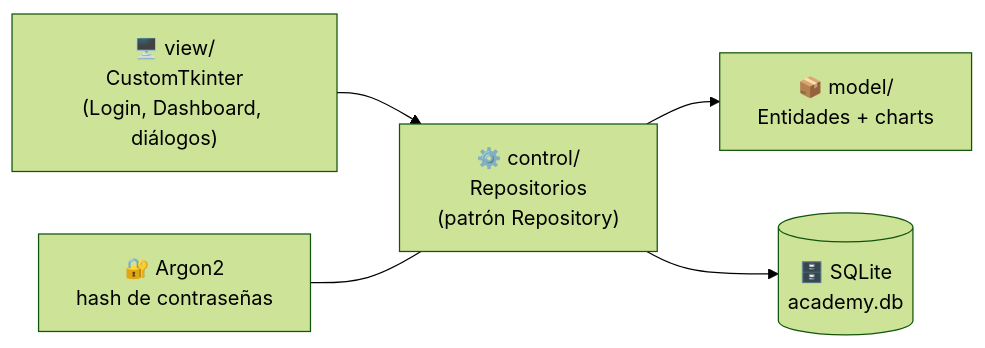
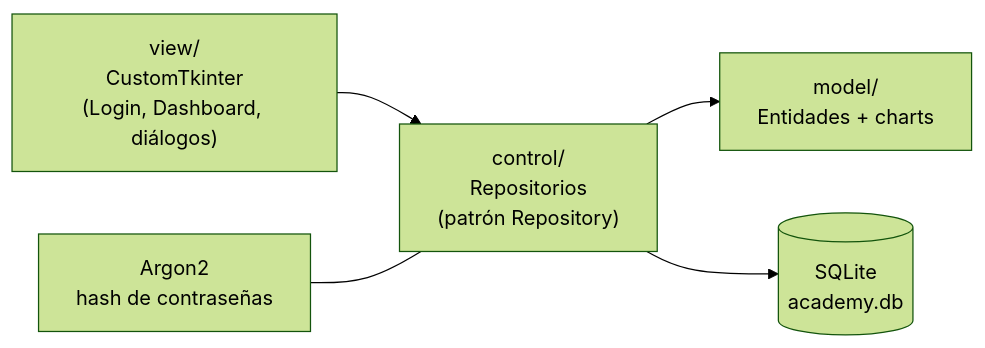
The diagram in README.md (danielyatacoblas/bible-academy), drawn with Mermaid (forest theme) before and after one commit. The commit also changed other lines of this file and 5 other files, not shown here.

````diff
--- a/README.md
+++ b/README.md
@@ -42,7 +42,7 @@
 ```mermaid
 flowchart LR
-    V["🖥️ view/<br/>CustomTkinter<br/>(Login, Dashboard, diálogos)"] --> C["⚙️ control/<br/>Repositorios<br/>(patrón Repository)"]
-    C --> M["📦 model/<br/>Entidades + charts"]
-    C --> DB[("🗄️ SQLite<br/>academy.db")]
-    S["🔐 Argon2<br/>hash de contraseñas"] --- C
+    V["view/<br/>CustomTkinter<br/>(Login, Dashboard, diálogos)"] --> C["control/<br/>Repositorios<br/>(patrón Repository)"]
+    C --> M["model/<br/>Entidades + charts"]
+    C --> DB[("SQLite<br/>academy.db")]
+    S["Argon2<br/>hash de contraseñas"] --- C
 ```
````
